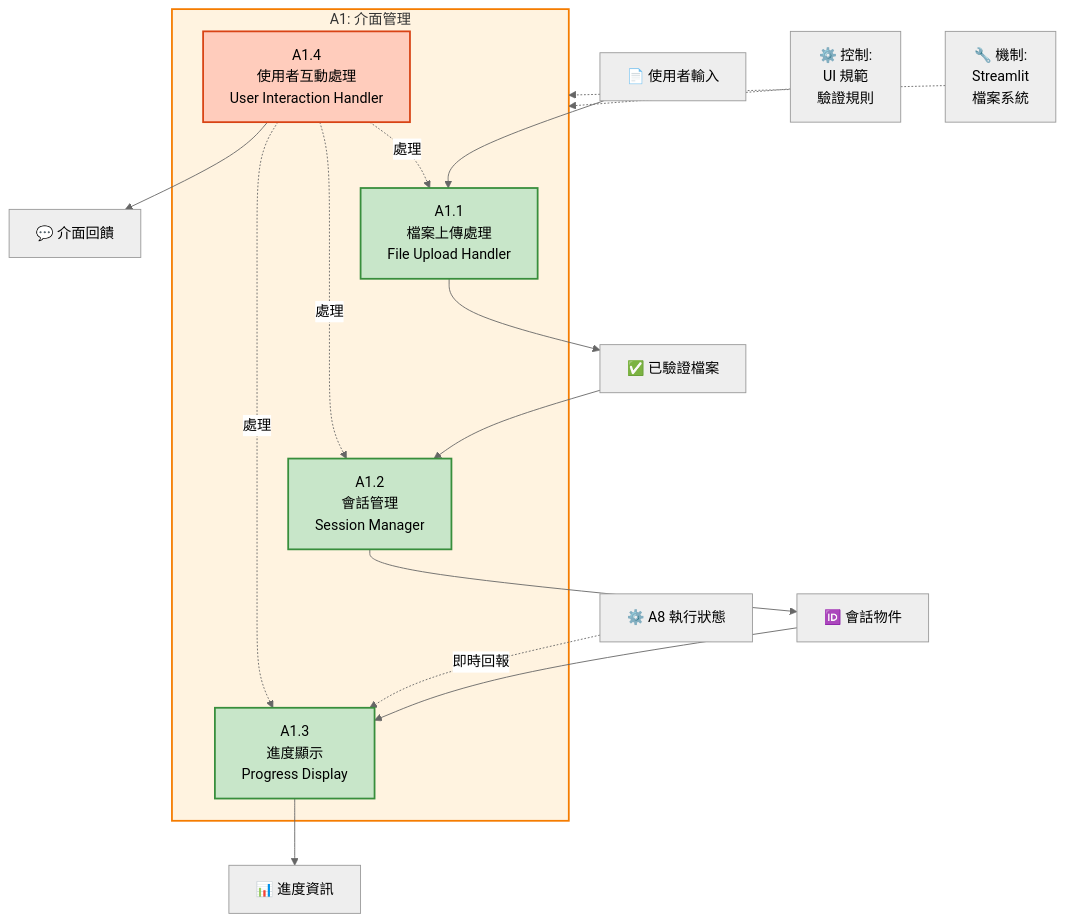
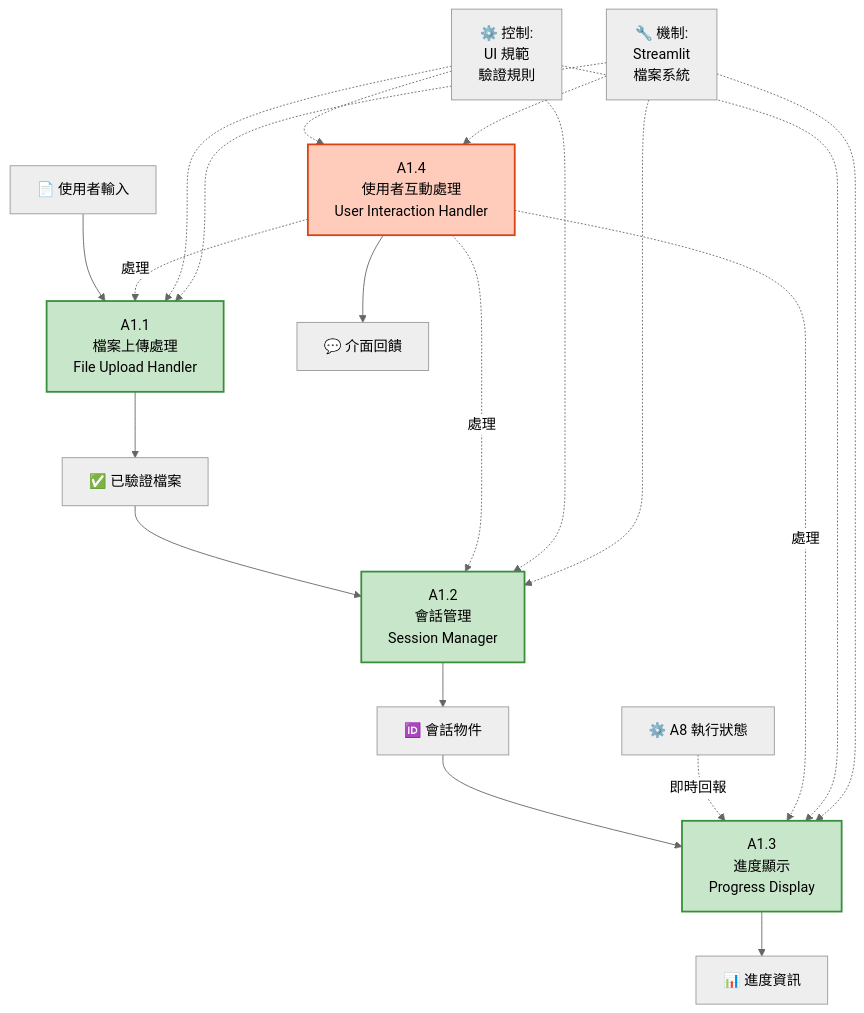
One commit to Raw1mage/PatentDrafter changed the second of 9 diagrams in docs/A1_UI_Management_IDEF0.md. Above: the diagram before and after it, drawn with Mermaid (neutral theme). The commit also changed other lines of this file and 13 other files, not shown here.

First line of the commit message:
修復所有 Mermaid 圖表語法問題

````diff
--- a/docs/A1_UI_Management_IDEF0.md
+++ b/docs/A1_UI_Management_IDEF0.md
@@ -117,32 +108,36 @@
 ```mermaid
-graph TB
-    subgraph A1["A1: 介面管理"]
-        A11["A1.1<br/>檔案上傳處理<br/>File Upload Handler"]
-        A12["A1.2<br/>會話管理<br/>Session Manager"]
-        A13["A1.3<br/>進度顯示<br/>Progress Display"]
-        A14["A1.4<br/>使用者互動處理<br/>User Interaction Handler"]
-    end
+flowchart TB
+    A11["A1.1<br/>檔案上傳處理<br/>File Upload Handler"]
+    A12["A1.2<br/>會話管理<br/>Session Manager"]
+    A13["A1.3<br/>進度顯示<br/>Progress Display"]
+    A14["A1.4<br/>使用者互動處理<br/>User Interaction Handler"]
 
     Input["📄 使用者輸入"] --> A11
     A11 --> Validated["✅ 已驗證檔案"]
     Validated --> A12
     A12 --> Session["🆔 會話物件"]
 
     Session --> A13
     A8Status["⚙️ A8 執行狀態"] -.即時回報.-> A13
     A13 --> Progress["📊 進度資訊"]
 
     A14 -.處理.-> A11
     A14 -.處理.-> A12
     A14 -.處理.-> A13
     A14 --> UIFeedback["💬 介面回饋"]
 
-    Control["⚙️ 控制:<br/>UI 規範<br/>驗證規則"] -.-> A1
-    Mechanism["🔧 機制:<br/>Streamlit<br/>檔案系統"] -.-> A1
+    Control["⚙️ 控制:<br/>UI 規範<br/>驗證規則"] -.-> A11
+    Control -.-> A12
+    Control -.-> A13
+    Control -.-> A14
 
-    style A1 fill:#FFF3E0,stroke:#F57C00,stroke-width:2px
+    Mechanism["🔧 機制:<br/>Streamlit<br/>檔案系統"] -.-> A11
+    Mechanism -.-> A12
+    Mechanism -.-> A13
+    Mechanism -.-> A14
+
     style A11 fill:#C8E6C9,stroke:#388E3C,stroke-width:2px
     style A12 fill:#C8E6C9,stroke:#388E3C,stroke-width:2px
     style A13 fill:#C8E6C9,stroke:#388E3C,stroke-width:2px
     style A14 fill:#FFCCBC,stroke:#D84315,stroke-width:2px
 ```
````
